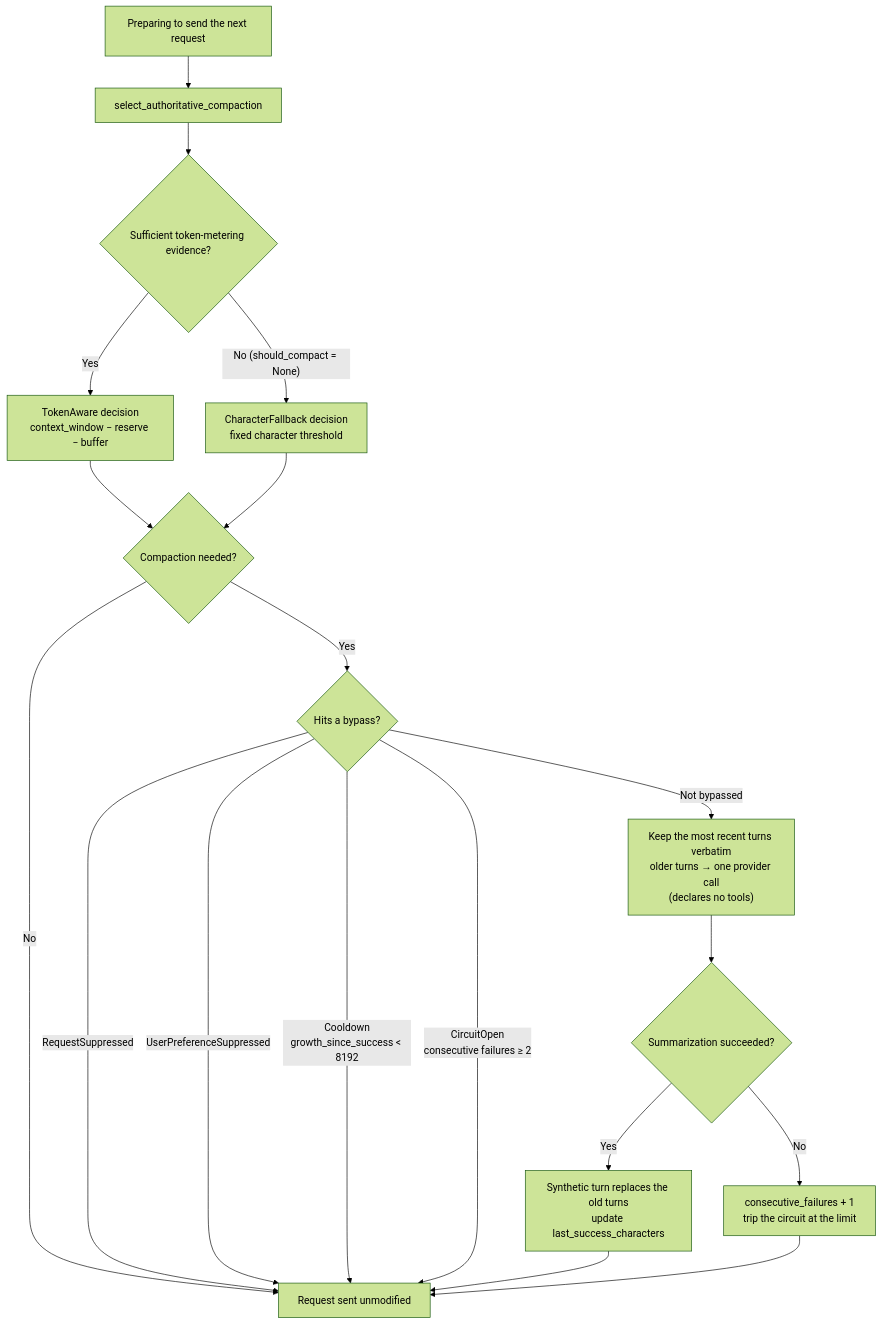
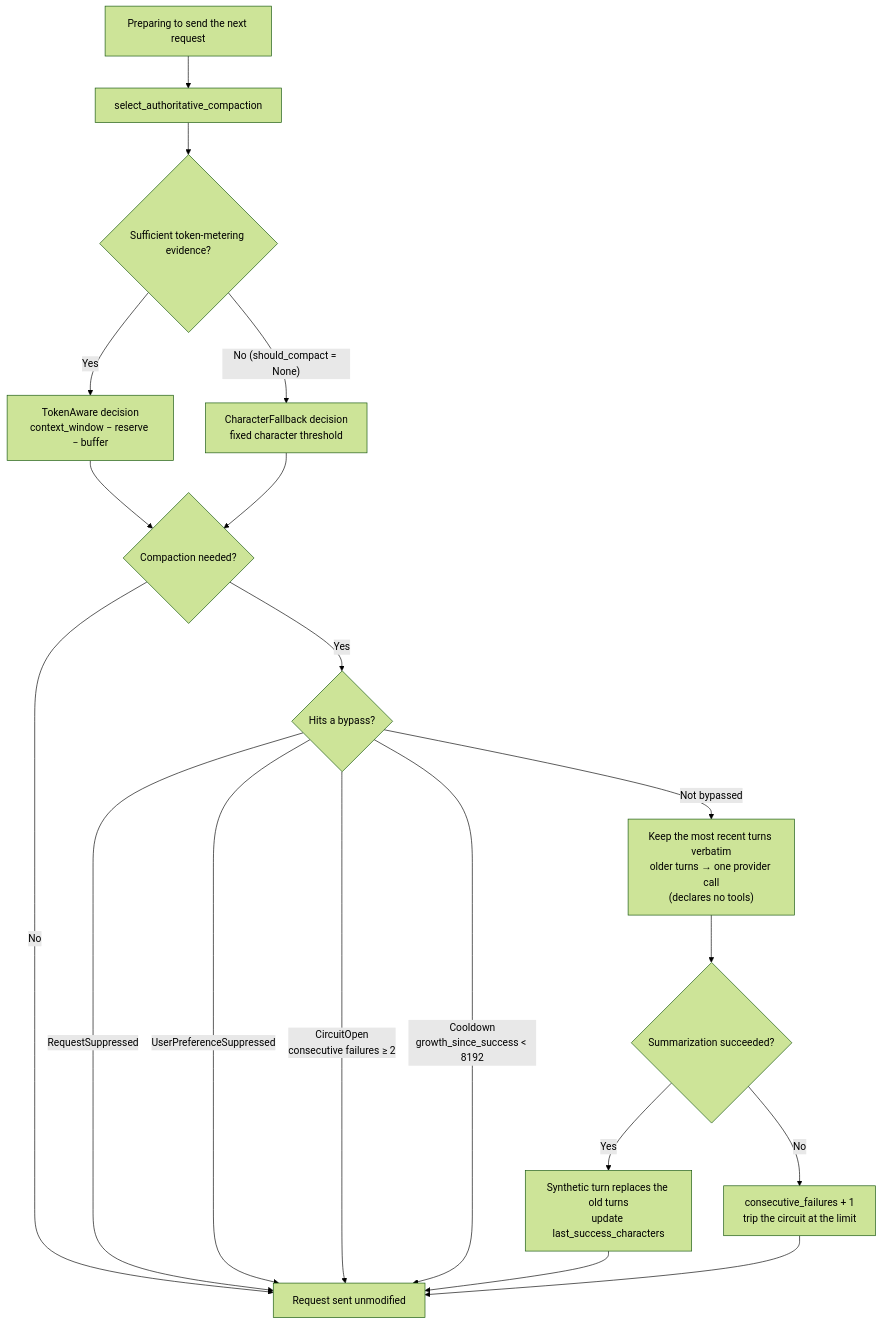
The diagram in docs/developer-guide/src/context-compaction.md (cdavid817/vanehub-ai), drawn with Mermaid (forest theme) before and after one commit. The commit also changed other lines of this file and 3 other files, not shown here.

````diff
--- a/docs/developer-guide/src/context-compaction.md
+++ b/docs/developer-guide/src/context-compaction.md
@@ -5,21 +5,21 @@
 ```mermaid
 flowchart TB
   REQ["Preparing to send the next request"] --> SEL["select_authoritative_compaction"]
   SEL --> EV{"Sufficient token-metering evidence?"}
   EV -->|"Yes"| TA["TokenAware decision<br/>context_window − reserve − buffer"]
   EV -->|"No (should_compact = None)"| CF["CharacterFallback decision<br/>fixed character threshold"]
   TA --> NEED{"Compaction needed?"}
   CF --> NEED
   NEED -->|"No"| SEND["Request sent unmodified"]
   NEED -->|"Yes"| GATE{"Hits a bypass?"}
   GATE -->|"RequestSuppressed"| SEND
   GATE -->|"UserPreferenceSuppressed"| SEND
+  GATE -->|"CircuitOpen<br/>consecutive failures ≥ 2"| SEND
   GATE -->|"Cooldown<br/>growth_since_success &lt; 8192"| SEND
-  GATE -->|"CircuitOpen<br/>consecutive failures ≥ 2"| SEND
   GATE -->|"Not bypassed"| SUM["Keep the most recent turns verbatim<br/>older turns → one provider call<br/>(declares no tools)"]
   SUM --> OK{"Summarization succeeded?"}
   OK -->|"Yes"| UPD["Synthetic turn replaces the old turns<br/>update last_success_characters"]
   OK -->|"No"| FAIL["consecutive_failures + 1<br/>trip the circuit at the limit"]
   UPD --> SEND
   FAIL --> SEND
 ```
````
